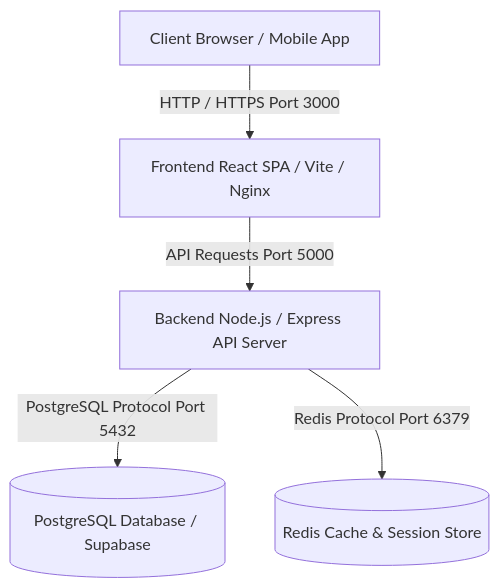
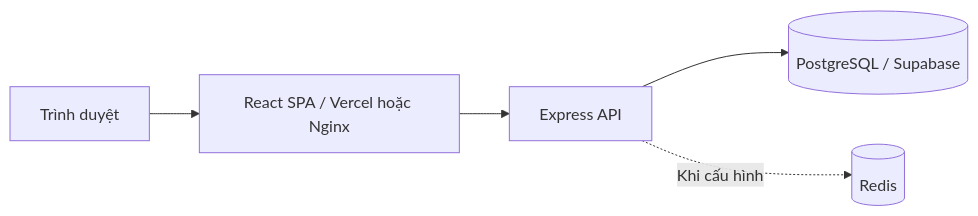
Before and after one commit to tamtran2k6zz/Project_Smart_Bus_Ticketing_System_ictu: the diagram in docs/SPRINT_4_TECHNICAL_REPORT.md, drawn with Mermaid. The commit also changed other lines of this file and 40 other files, not shown here.

````diff
--- a/docs/SPRINT_4_TECHNICAL_REPORT.md
+++ b/docs/SPRINT_4_TECHNICAL_REPORT.md
@@ -41,7 +63,7 @@
-```mermaid
-graph TD
-    Client[Client Browser / Mobile App] -->|HTTP / HTTPS Port 3000| Frontend[Frontend React SPA / Vite / Nginx]
-    Frontend -->|API Requests Port 5000| Backend[Backend Node.js / Express API Server]
-    Backend -->|PostgreSQL Protocol Port 5432| DB[(PostgreSQL Database / Supabase)]
-    Backend -->|Redis Protocol Port 6379| Redis[(Redis Cache & Session Store)]
-```
+~~~mermaid
+flowchart LR
+  Client[Trình duyệt] --> FE[React SPA / Vercel hoặc Nginx]
+  FE --> API[Express API]
+  API --> PG[(PostgreSQL / Supabase)]
+  API -. Khi cấu hình .-> Redis[(Redis)]
+~~~
````
